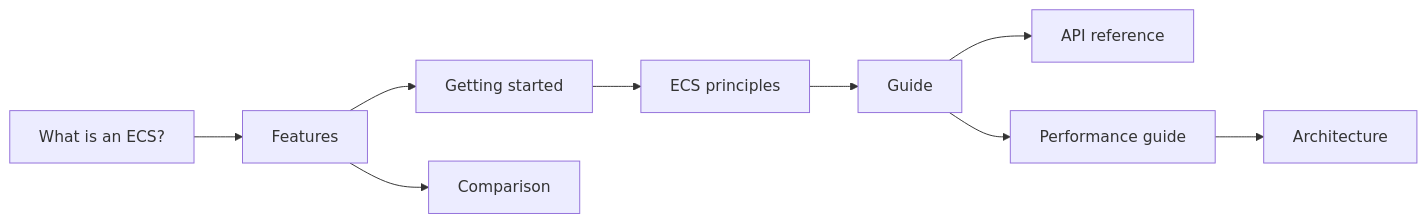
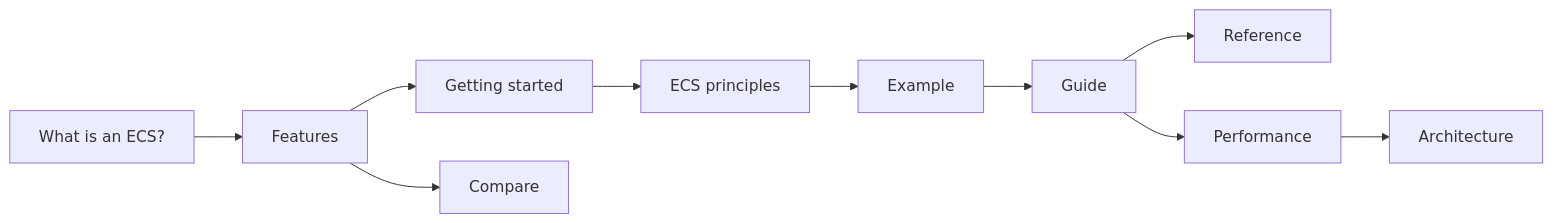
The diagram in docs/content/index.mdx (JasonXuDeveloper/EasyEcs), drawn with Mermaid before and after one commit. The commit also changed other lines of this file and 36 other files, not shown here.

First line of the commit message:
Docs: example, architecture, API, FAQ, decisions, roadmap, changelog and AI pages in English and Chinese

````diff
--- a/docs/content/index.mdx
+++ b/docs/content/index.mdx
@@ -69,7 +88,7 @@
 ```mermaid
 flowchart LR
-    W[What is an ECS?] --> F[Features] --> G[Getting started] --> P[ECS principles] --> U[Guide]
-    U --> R[API reference]
-    U --> Perf[Performance guide] --> A[Architecture]
-    F --> C[Comparison]
+    W[What is an ECS?] --> F[Features] --> G[Getting started] --> P[ECS principles] --> X[Example]
+    X --> U[Guide] --> R[Reference]
+    U --> Perf[Performance] --> A[Architecture]
+    F --> C[Compare]
 ```
````
